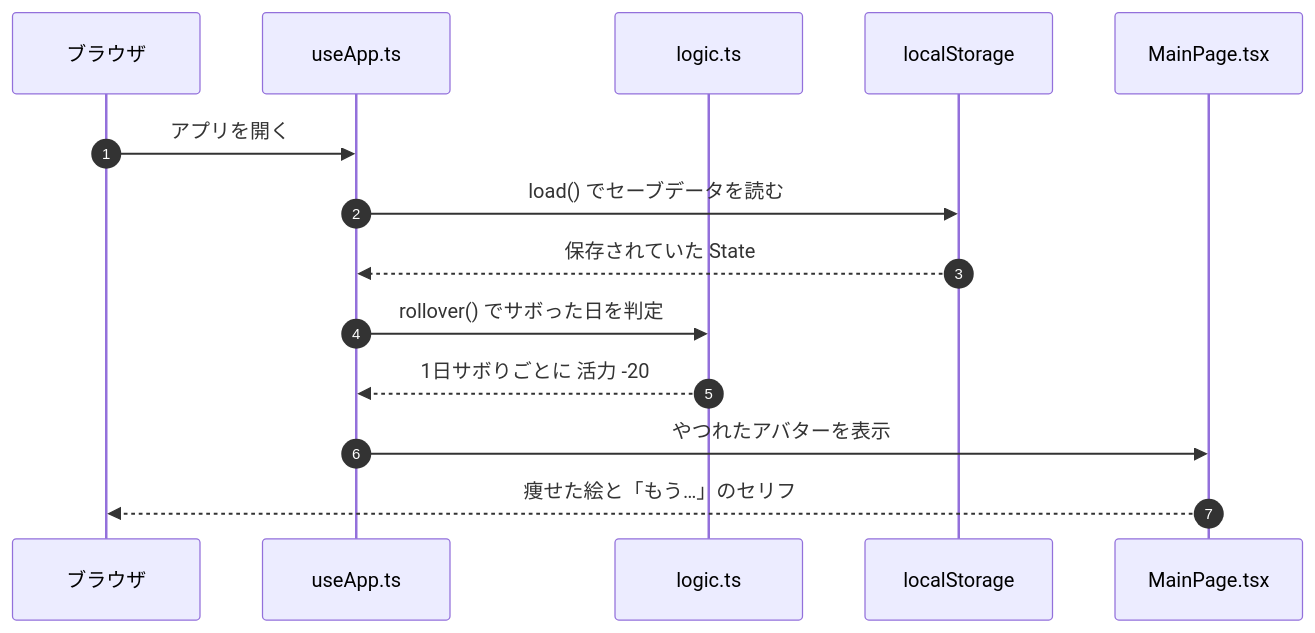
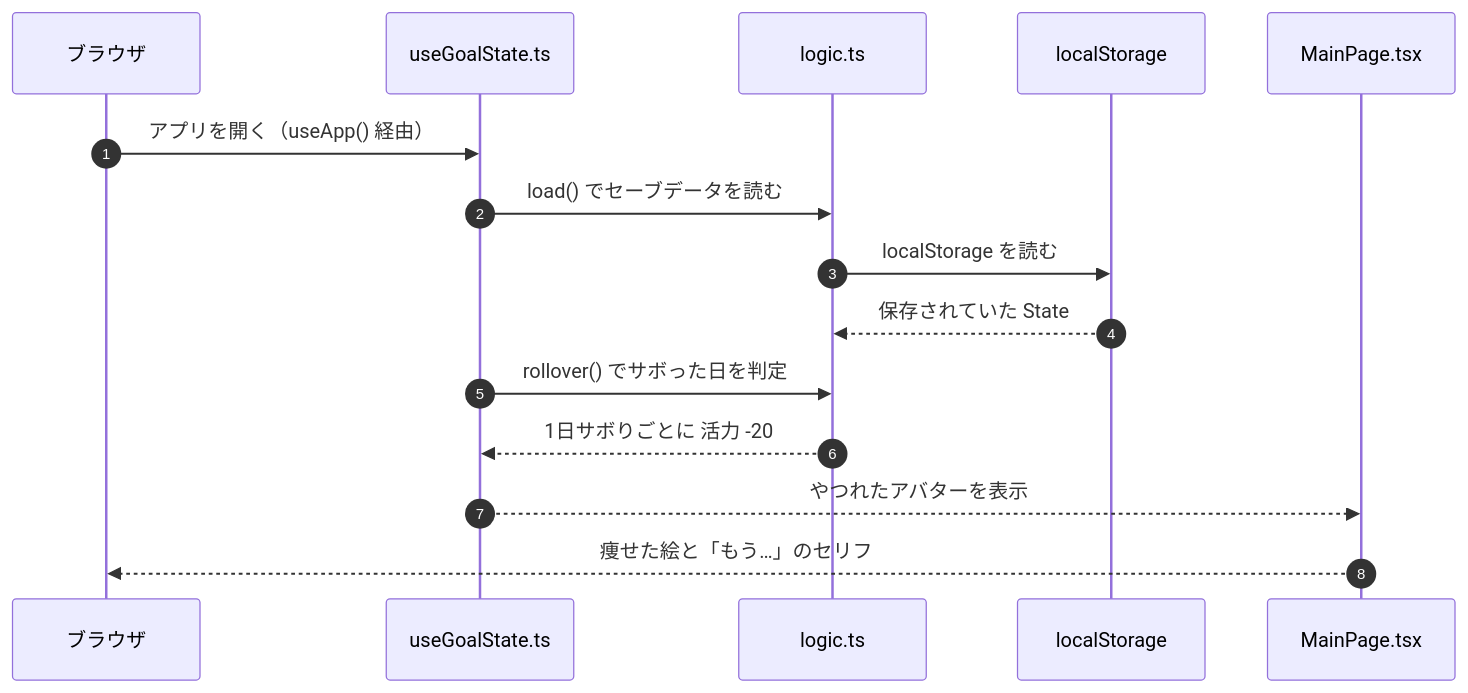
Before and after one commit to kuramochi703/keep-motivation-app: the fifth of 5 diagrams in ARCHITECTURE.md, drawn with Mermaid. The commit also changed other lines of this file, not shown here.

First line of the commit message:
ARCHITECTURE.mdをsrcの新しい構成に合わせて更新する

````diff
--- a/ARCHITECTURE.md
+++ b/ARCHITECTURE.md
@@ -177,17 +205,18 @@
 ```mermaid
 sequenceDiagram
     autonumber
     participant B as ブラウザ
-    participant R as useApp.ts
+    participant G as useGoalState.ts
     participant L as logic.ts
     participant S as localStorage
     participant M as MainPage.tsx
 
-    B->>R: アプリを開く
-    R->>S: load() でセーブデータを読む
-    S-->>R: 保存されていた State
-    R->>L: rollover() でサボった日を判定
-    L-->>R: 1日サボりごとに 活力 -20
-    R->>M: やつれたアバターを表示
+    B->>G: アプリを開く（useApp() 経由）
+    G->>L: load() でセーブデータを読む
+    L->>S: localStorage を読む
+    S-->>L: 保存されていた State
+    G->>L: rollover() でサボった日を判定
+    L-->>G: 1日サボりごとに 活力 -20
+    G-->>M: やつれたアバターを表示
     M-->>B: 痩せた絵と「もう…」のセリフ
 ```
````
